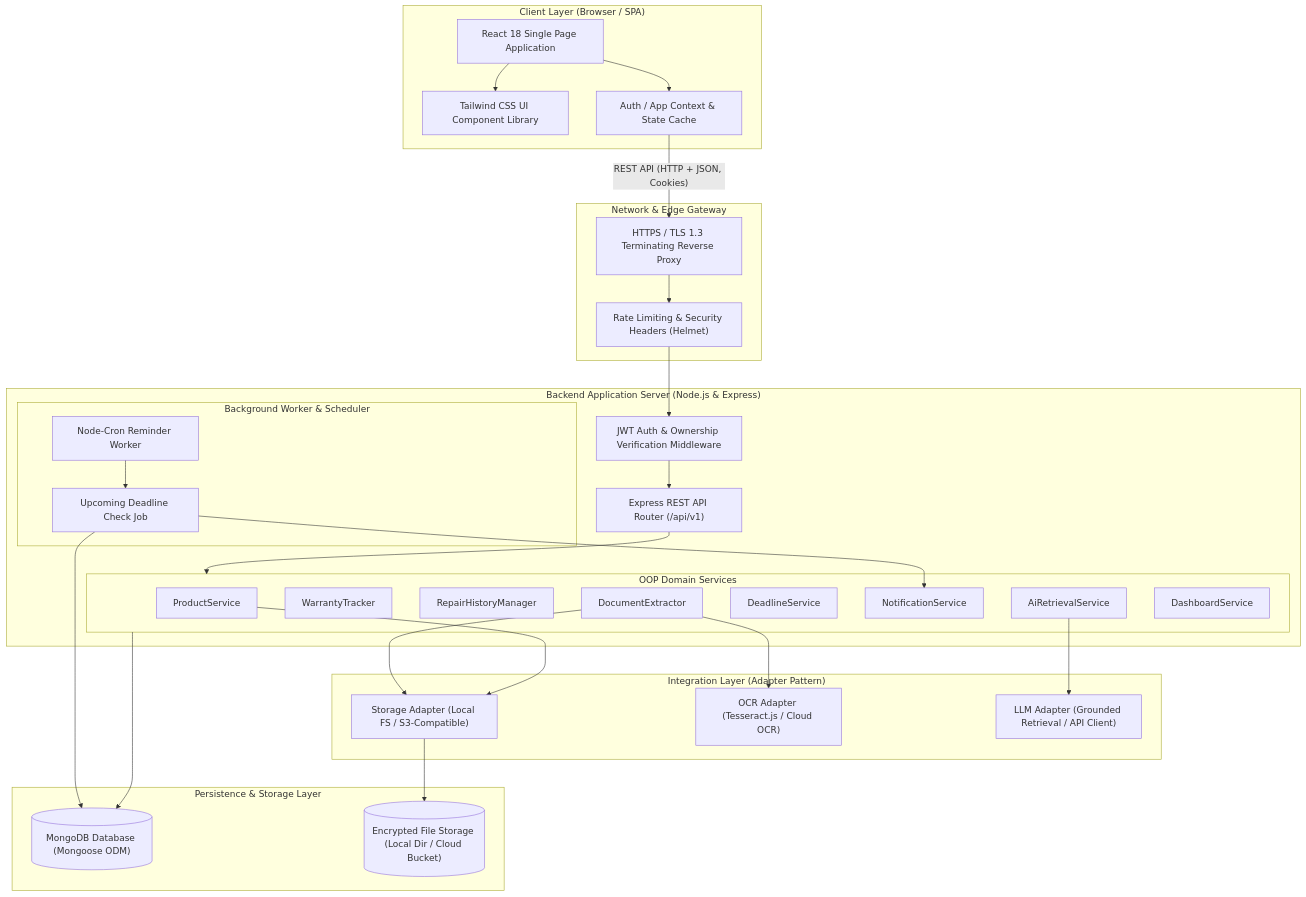
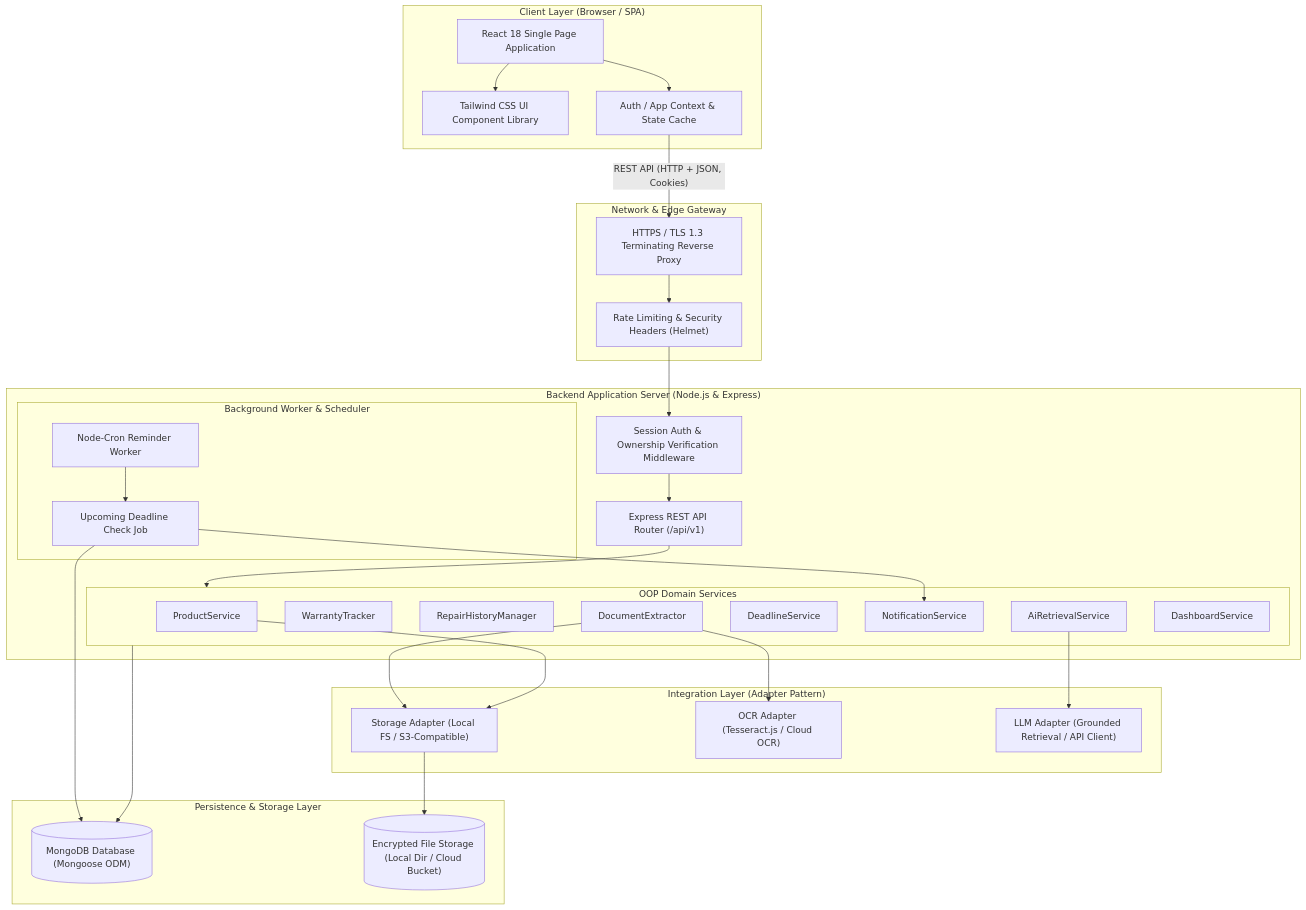
Before and after one commit to parthivaboggavarapu/ProofNest: the first of 2 diagrams in docs/05-system-architecture.md, drawn with Mermaid. The commit also changed other lines of this file and 28 other files, not shown here.

Commit message:
feat(auth): implement secure session-based authentication

````diff
--- a/docs/05-system-architecture.md
+++ b/docs/05-system-architecture.md
@@ -20,68 +20,68 @@
 ```mermaid
 flowchart TD
   subgraph ClientLayer["Client Layer (Browser / SPA)"]
     UI["React 18 Single Page Application"]
     Tailwind["Tailwind CSS UI Component Library"]
     ClientState["Auth / App Context & State Cache"]
     UI --> ClientState
     UI --> Tailwind
   end
 
   subgraph Gateway["Network & Edge Gateway"]
     HTTPS["HTTPS / TLS 1.3 Terminating Reverse Proxy"]
     RateLimiter["Rate Limiting & Security Headers (Helmet)"]
     HTTPS --> RateLimiter
   end
 
   subgraph BackendServer["Backend Application Server (Node.js & Express)"]
-    AuthMW["JWT Auth & Ownership Verification Middleware"]
+    AuthMW["Session Auth & Ownership Verification Middleware"]
     APIRouter["Express REST API Router (/api/v1)"]
     
     subgraph ServiceDomain["OOP Domain Services"]
       ProductService["ProductService"]
       WarrantyTracker["WarrantyTracker"]
       RepairHistoryManager["RepairHistoryManager"]
       DocumentExtractor["DocumentExtractor"]
       DeadlineService["DeadlineService"]
       NotificationService["NotificationService"]
       AiRetrievalService["AiRetrievalService"]
       DashboardService["DashboardService"]
     end
 
     subgraph BackgroundJobs["Background Worker & Scheduler"]
       Scheduler["Node-Cron Reminder Worker"]
       ReminderJob["Upcoming Deadline Check Job"]
       Scheduler --> ReminderJob
     end
 
     RateLimiter --> AuthMW
     AuthMW --> APIRouter
     APIRouter --> ServiceDomain
     ReminderJob --> NotificationService
   end
 
   subgraph IntegrationAdapters["Integration Layer (Adapter Pattern)"]
     StorageAdapter["Storage Adapter (Local FS / S3-Compatible)"]
     OcrAdapter["OCR Adapter (Tesseract.js / Cloud OCR)"]
     LlmAdapter["LLM Adapter (Grounded Retrieval / API Client)"]
   end
 
   subgraph DataLayer["Persistence & Storage Layer"]
     MongoDB[("MongoDB Database (Mongoose ODM)")]
     DiskOrS3[("Encrypted File Storage (Local Dir / Cloud Bucket)")]
   end
 
   %% Client to Backend
   ClientState -- "REST API (HTTP + JSON, Cookies)" --> HTTPS
 
   %% Services to Integrations
   DocumentExtractor --> OcrAdapter
   DocumentExtractor --> StorageAdapter
   AiRetrievalService --> LlmAdapter
   ProductService --> StorageAdapter
 
   %% Services to Data
   ServiceDomain --> MongoDB
   StorageAdapter --> DiskOrS3
   ReminderJob --> MongoDB
 ```
````
